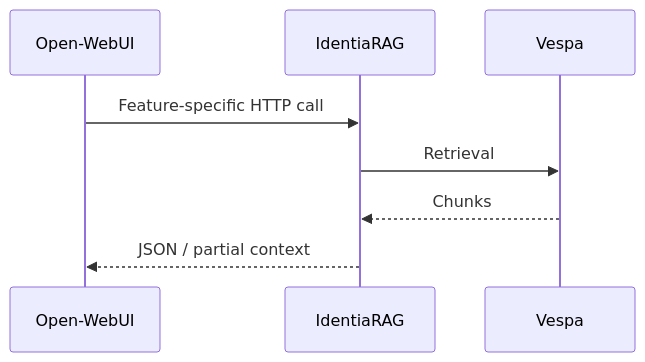
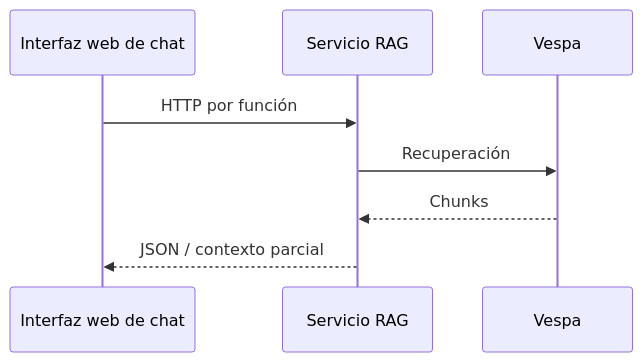
The third of 3 diagrams in docs/as-built/sequence-requests.md (13g4d0/docu-es), drawn with Mermaid before and after one commit. The commit also changed other lines of this file and 38 other files, not shown here.

````diff
--- a/docs/as-built/sequence-requests.md
+++ b/docs/as-built/sequence-requests.md
@@ -52,11 +52,11 @@
 ```mermaid
 sequenceDiagram
-  participant W as Open-WebUI
-  participant R as IdentiaRAG
+  participant W as Interfaz web de chat
+  participant R as Servicio RAG
   participant V as Vespa
 
-  W->>R: Feature-specific HTTP call
-  R->>V: Retrieval
+  W->>R: HTTP por función
+  R->>V: Recuperación
   V-->>R: Chunks
-  R-->>W: JSON / partial context
+  R-->>W: JSON / contexto parcial
 ```
````
